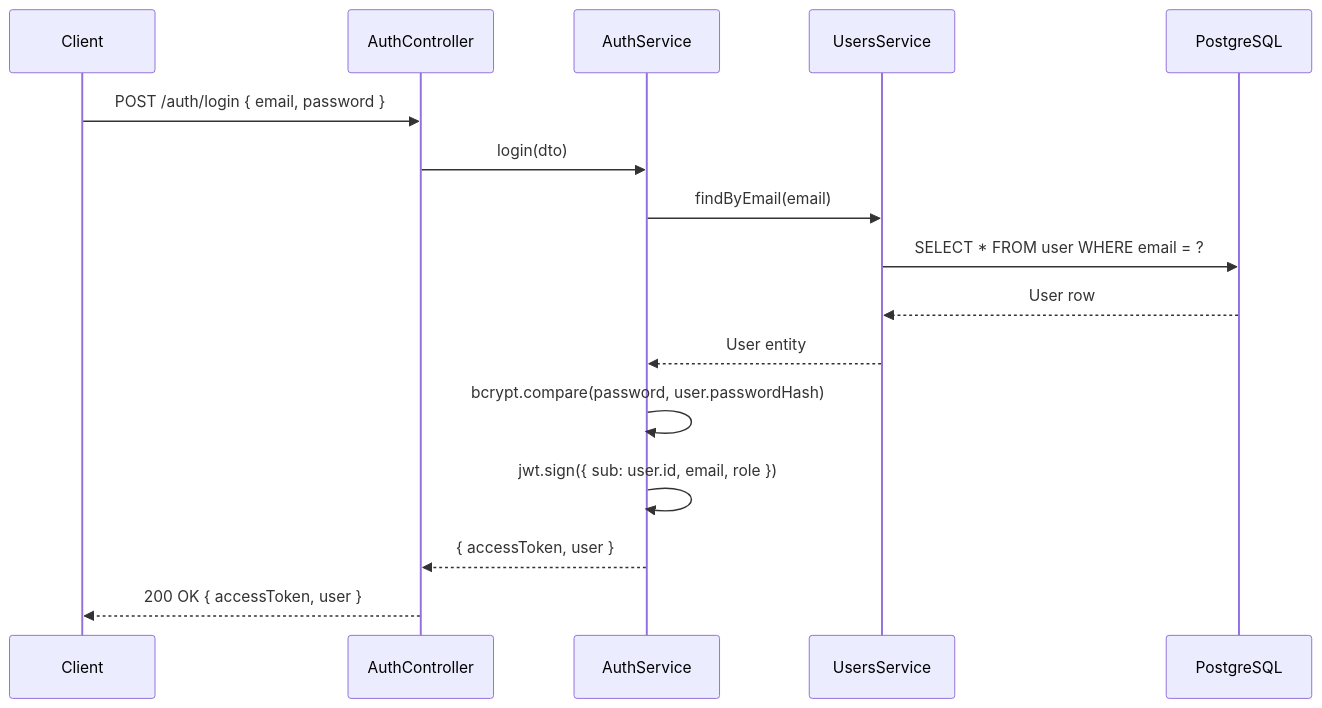
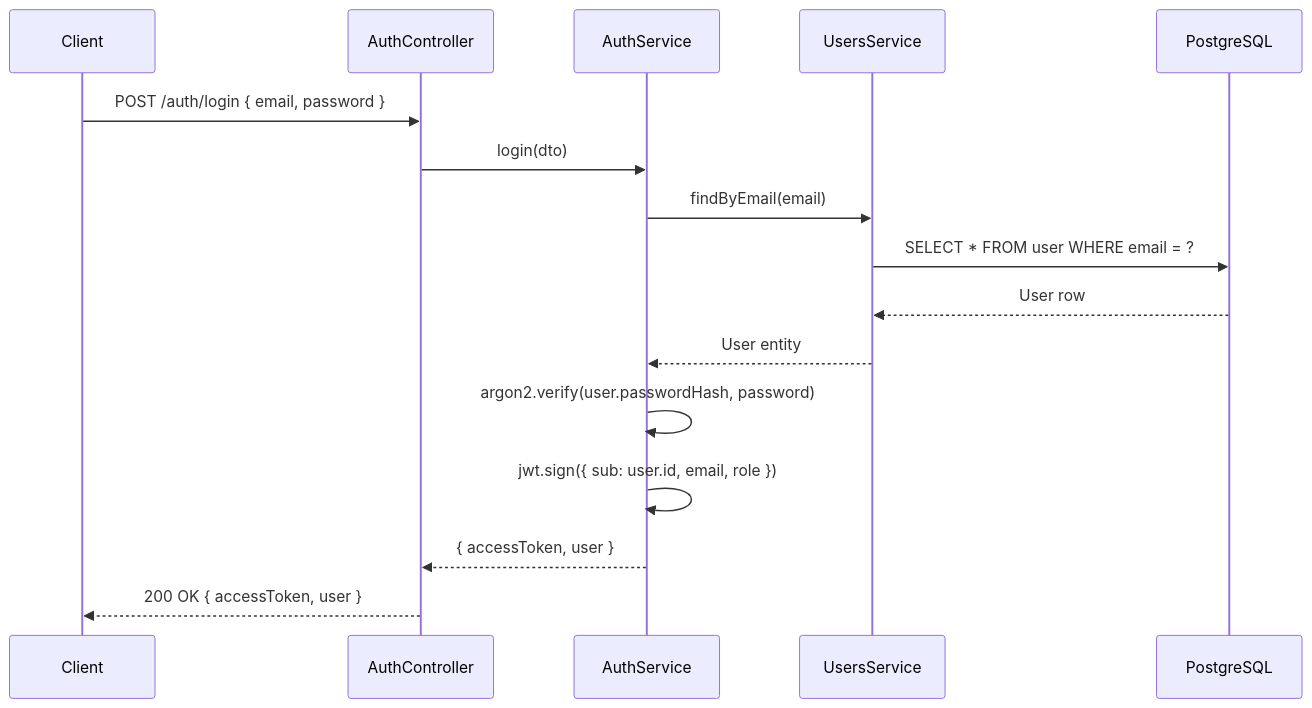
The third of 5 diagrams in docs/architecture.md (arafathossenapon/ChaBondhu), drawn with Mermaid before and after one commit. The commit also changed other lines of this file, not shown here.

Commit message:
docs(architecture): align architecture with implementation

````diff
--- a/docs/architecture.md
+++ b/docs/architecture.md
@@ -295,19 +295,19 @@
 ```mermaid
 sequenceDiagram
     participant C as Client
     participant AC as AuthController
     participant AS as AuthService
     participant US as UsersService
     participant DB as PostgreSQL
 
     C->>AC: POST /auth/login { email, password }
     AC->>AS: login(dto)
     AS->>US: findByEmail(email)
     US->>DB: SELECT * FROM user WHERE email = ?
     DB-->>US: User row
     US-->>AS: User entity
-    AS->>AS: bcrypt.compare(password, user.passwordHash)
+    AS->>AS: argon2.verify(user.passwordHash, password)
     AS->>AS: jwt.sign({ sub: user.id, email, role })
     AS-->>AC: { accessToken, user }
     AC-->>C: 200 OK { accessToken, user }
 ```
````
